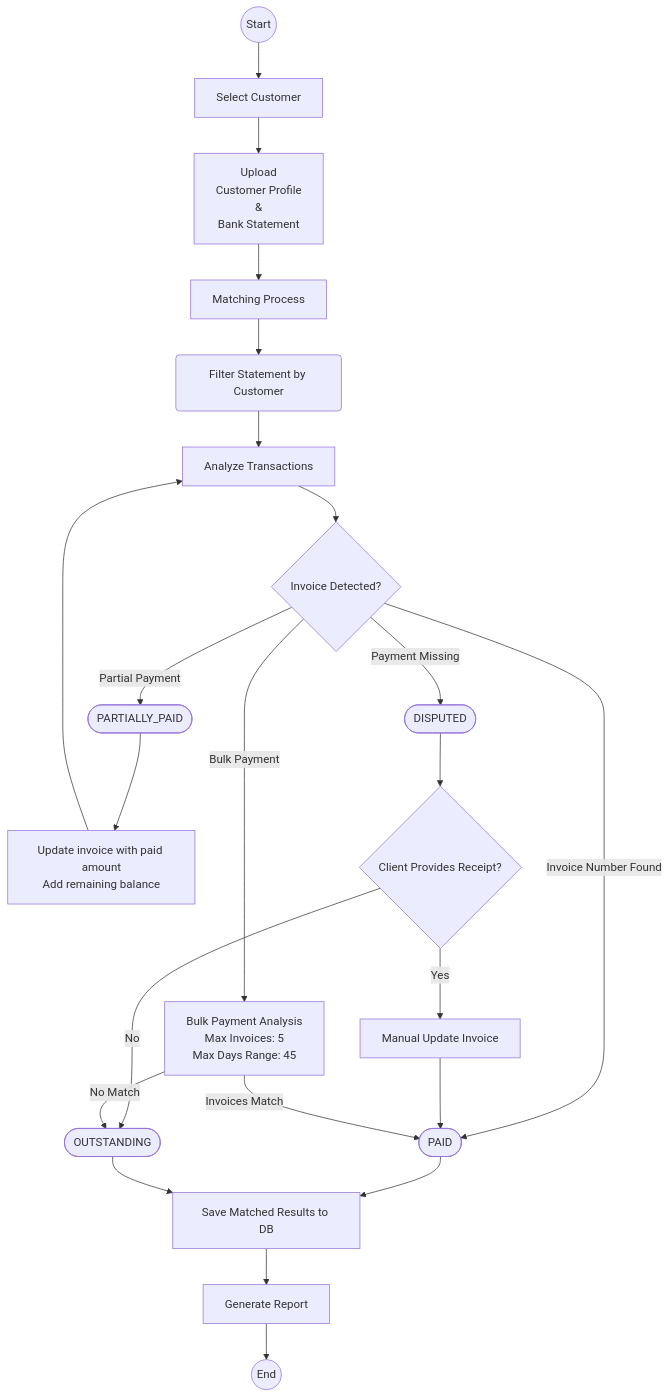
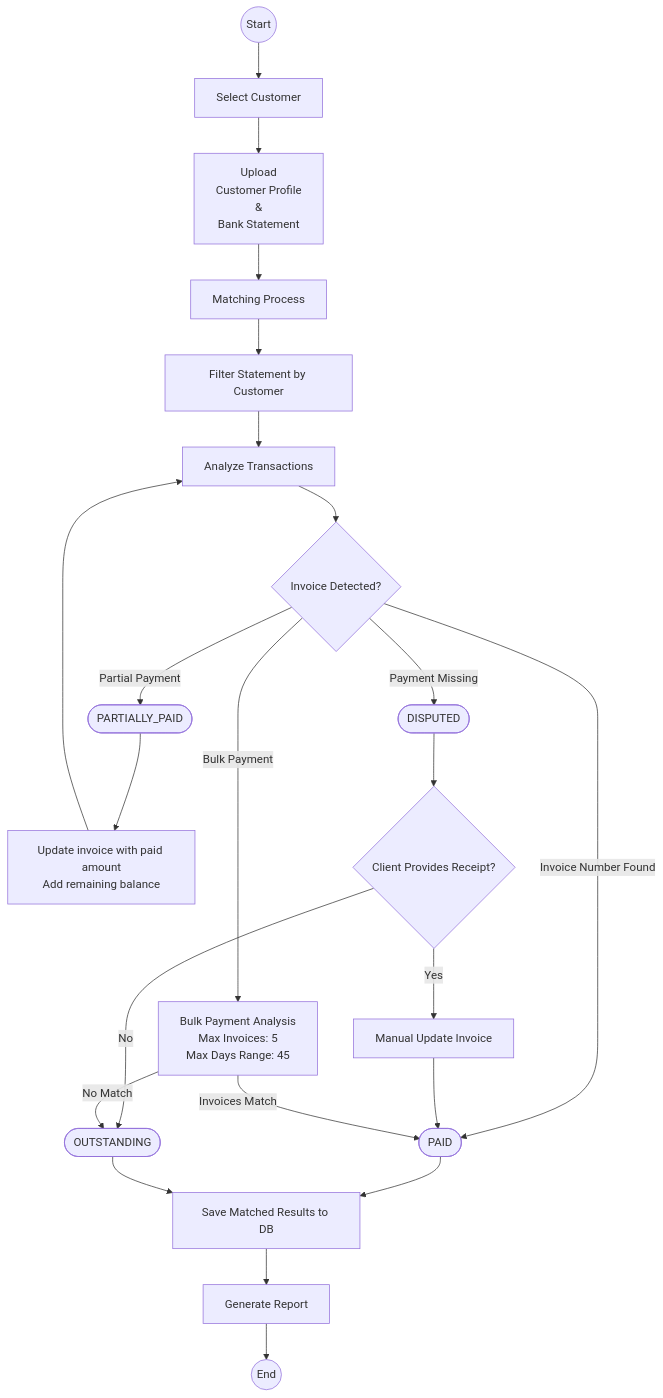
The diagram in docs/diagrams/payment-tracking-process.md (manos-grigorakis/logistics-platform), drawn with Mermaid before and after one commit.

Commit message:
docs: update payment tracking diagram

````diff
--- a/docs/diagrams/payment-tracking-process.md
+++ b/docs/diagrams/payment-tracking-process.md
@@ -3,37 +3,37 @@
 ```mermaid
 flowchart TD
     START((Start))
     START --> SELECT_CUSTOMER[Select Customer]
     SELECT_CUSTOMER --> UPLOAD_FILES[Upload<br> Customer Profile<br>&<br>Bank Statement]
 
 
     UPLOAD_FILES --> MATCHING[Matching Process]
-    MATCHING --> FILTER(Filter Statement by Customer)
+    MATCHING --> FILTER[Filter Statement by Customer]
     FILTER --> ANALYZE[Analyze Transactions]
 
     ANALYZE --> DECISION{Invoice Detected?}
 
     DECISION -- Invoice Number Found --> PAID([PAID])
 
     DECISION -- Partial Payment --> PARTIAL([PARTIALLY_PAID])
     PARTIAL --> UPDATE_PARTIAL[Update invoice with paid amount<br>Add remaining balance]
 
     DECISION -- Bulk Payment --> BULK[Bulk Payment Analysis<br>Max Invoices: 5<br>Max Days Range: 45]
 
     DECISION -- Payment Missing --> DISPUTED([DISPUTED])
 
     DISPUTED --> CLIENT_PROOF{Client Provides Receipt?}
     CLIENT_PROOF -- Yes --> MANUAL_UPDATE[Manual Update Invoice]
     MANUAL_UPDATE --> PAID
     CLIENT_PROOF -- No --> OUTSTANDING([OUTSTANDING])
 
     BULK -- Invoices Match --> PAID
     BULK -- No Match --> OUTSTANDING
 
     UPDATE_PARTIAL --> ANALYZE
 
     PAID --> PERSISTENT[Save Matched Results to DB]
     OUTSTANDING --> PERSISTENT
     PERSISTENT --> REPORT[Generate Report]
     REPORT --> END((End))
 ```
````
